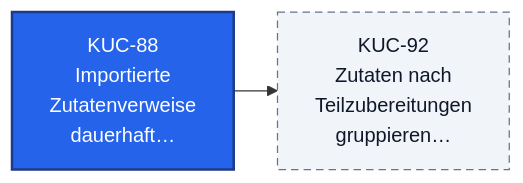
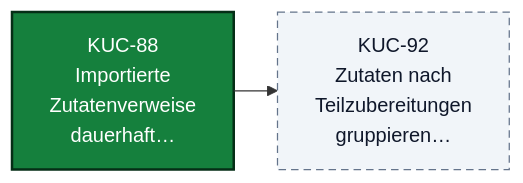
One commit to isntfunny/kitchenpace changed the third of 5 diagrams in GAMEPLAN.md. Above: the diagram before and after it, drawn with Mermaid. The commit also changed other lines of this file, not shown here.

Commit message:
docs: regenerate GAMEPLAN.md after the 2026-11-21 release (KUC-88, KUC-94, KUC-115, KUC-116 done)

````diff
--- a/GAMEPLAN.md
+++ b/GAMEPLAN.md
@@ -111,16 +111,16 @@
 ```mermaid
 %%{init: {"flowchart": {"defaultRenderer": "elk"}}}%%
 flowchart LR
-    KUC88["KUC-88<br/>Importierte<br/>Zutatenverweise<br/>dauerhaft…"]:::todo
+    KUC88["KUC-88<br/>Importierte<br/>Zutatenverweise<br/>dauerhaft…"]:::done
     KUC92["KUC-92<br/>Zutaten nach<br/>Teilzubereitungen<br/>gruppieren…"]:::backlog
     KUC88 --> KUC92
     click KUC88 "https://youtrack.tecfriends.de/issue/KUC-88"
     click KUC92 "https://youtrack.tecfriends.de/issue/KUC-92"
     classDef ideas fill:#f3e8ff,stroke:#7e22ce,color:#3b0764,stroke-dasharray:2 4
     classDef backlog fill:#f1f5f9,stroke:#64748b,color:#0f172a,stroke-dasharray:6 4
     classDef todo fill:#2563eb,stroke:#1e3a8a,color:#ffffff,stroke-width:2px
     classDef doing fill:#f59e0b,stroke:#7c2d12,color:#1c1917,stroke-width:4px
     classDef done fill:#15803d,stroke:#052e16,color:#ffffff,stroke-width:2px
     classDef wontdo fill:#fee2e2,stroke:#b91c1c,color:#450a0a,stroke-dasharray:2 2
     classDef unknown fill:#ffffff,stroke:#6b7280,color:#111827,stroke-dasharray:1 3
 ```
````
